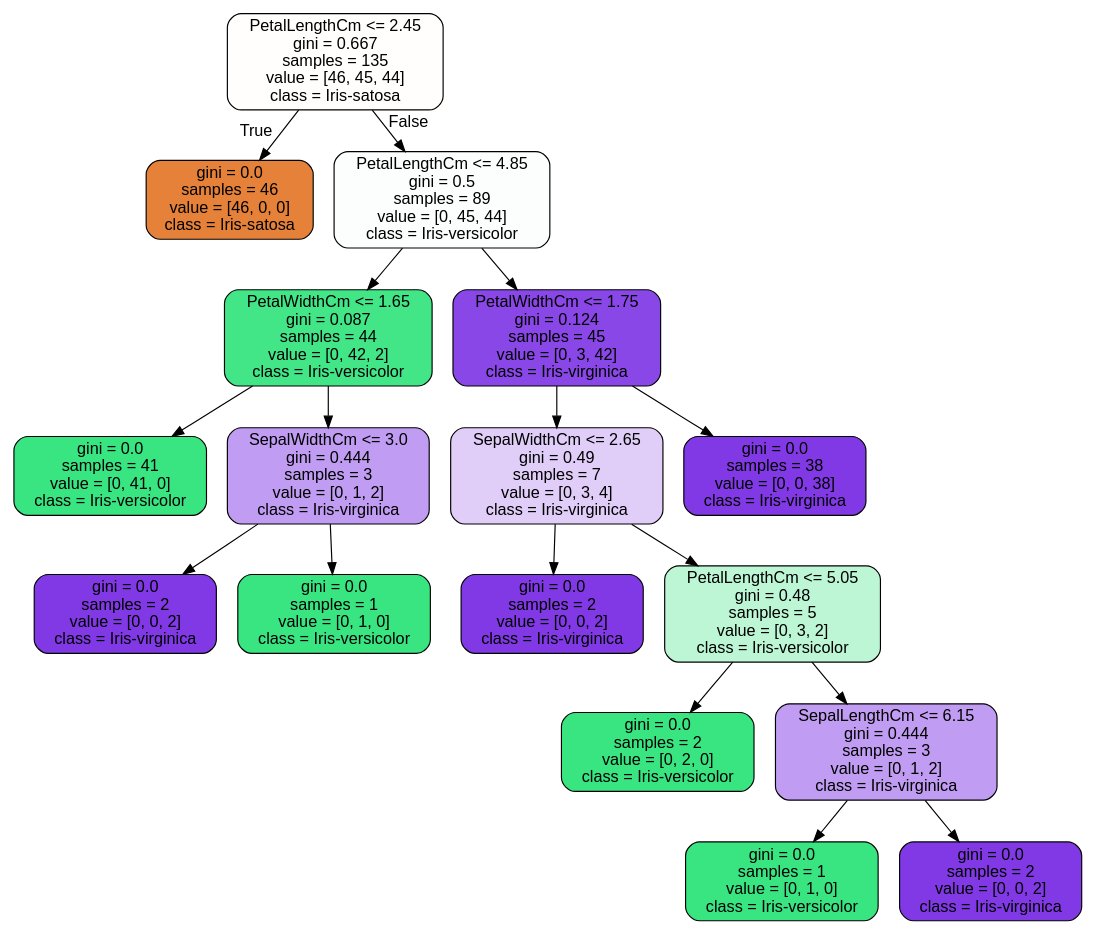
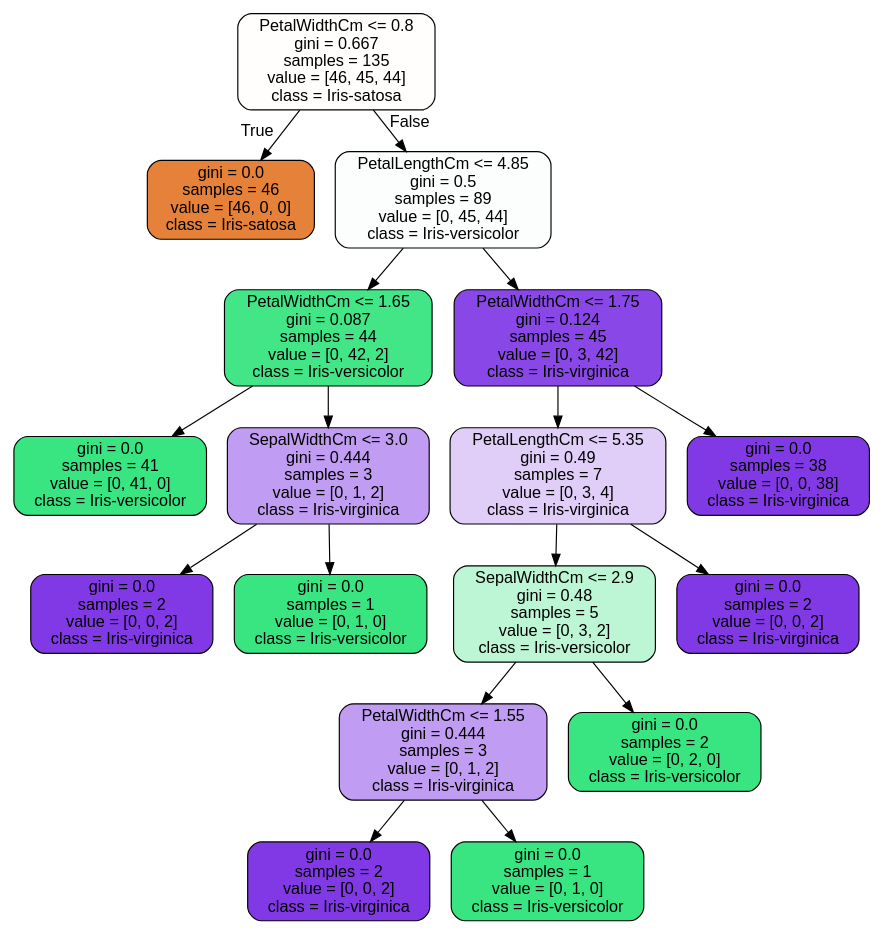
The diagram in resources/results/Iris_tree.dot (gioVerdiansyah/Learn-Basic-Machine-Learning), drawn with Graphviz before and after one commit. The commit also changed 77 other files, not shown here.

```diff
--- a/resources/results/Iris_tree.dot
+++ b/resources/results/Iris_tree.dot
@@ -1,37 +1,37 @@
 digraph Tree {
 node [shape=box, style="filled, rounded", color="black", fontname="helvetica"] ;
 edge [fontname="helvetica"] ;
-0 [label="PetalLengthCm <= 2.45\ngini = 0.667\nsamples = 135\nvalue = [46, 45, 44]\nclass = Iris-satosa", fillcolor="#fffefd"] ;
+0 [label="PetalWidthCm <= 0.8\ngini = 0.667\nsamples = 135\nvalue = [46, 45, 44]\nclass = Iris-satosa", fillcolor="#fffefd"] ;
 1 [label="gini = 0.0\nsamples = 46\nvalue = [46, 0, 0]\nclass = Iris-satosa", fillcolor="#e58139"] ;
 0 -> 1 [labeldistance=2.5, labelangle=45, headlabel="True"] ;
 2 [label="PetalLengthCm <= 4.85\ngini = 0.5\nsamples = 89\nvalue = [0, 45, 44]\nclass = Iris-versicolor", fillcolor="#fbfefc"] ;
 0 -> 2 [labeldistance=2.5, labelangle=-45, headlabel="False"] ;
 3 [label="PetalWidthCm <= 1.65\ngini = 0.087\nsamples = 44\nvalue = [0, 42, 2]\nclass = Iris-versicolor", fillcolor="#42e687"] ;
 2 -> 3 ;
 4 [label="gini = 0.0\nsamples = 41\nvalue = [0, 41, 0]\nclass = Iris-versicolor", fillcolor="#39e581"] ;
 3 -> 4 ;
 5 [label="SepalWidthCm <= 3.0\ngini = 0.444\nsamples = 3\nvalue = [0, 1, 2]\nclass = Iris-virginica", fillcolor="#c09cf2"] ;
 3 -> 5 ;
 6 [label="gini = 0.0\nsamples = 2\nvalue = [0, 0, 2]\nclass = Iris-virginica", fillcolor="#8139e5"] ;
 5 -> 6 ;
 7 [label="gini = 0.0\nsamples = 1\nvalue = [0, 1, 0]\nclass = Iris-versicolor", fillcolor="#39e581"] ;
 5 -> 7 ;
 8 [label="PetalWidthCm <= 1.75\ngini = 0.124\nsamples = 45\nvalue = [0, 3, 42]\nclass = Iris-virginica", fillcolor="#8a47e7"] ;
 2 -> 8 ;
-9 [label="SepalWidthCm <= 2.65\ngini = 0.49\nsamples = 7\nvalue = [0, 3, 4]\nclass = Iris-virginica", fillcolor="#e0cef8"] ;
+9 [label="PetalLengthCm <= 5.35\ngini = 0.49\nsamples = 7\nvalue = [0, 3, 4]\nclass = Iris-virginica", fillcolor="#e0cef8"] ;
 8 -> 9 ;
-10 [label="gini = 0.0\nsamples = 2\nvalue = [0, 0, 2]\nclass = Iris-virginica", fillcolor="#8139e5"] ;
+10 [label="SepalWidthCm <= 2.9\ngini = 0.48\nsamples = 5\nvalue = [0, 3, 2]\nclass = Iris-versicolor", fillcolor="#bdf6d5"] ;
 9 -> 10 ;
-11 [label="PetalLengthCm <= 5.05\ngini = 0.48\nsamples = 5\nvalue = [0, 3, 2]\nclass = Iris-versicolor", fillcolor="#bdf6d5"] ;
-9 -> 11 ;
-12 [label="gini = 0.0\nsamples = 2\nvalue = [0, 2, 0]\nclass = Iris-versicolor", fillcolor="#39e581"] ;
+11 [label="PetalWidthCm <= 1.55\ngini = 0.444\nsamples = 3\nvalue = [0, 1, 2]\nclass = Iris-virginica", fillcolor="#c09cf2"] ;
+10 -> 11 ;
+12 [label="gini = 0.0\nsamples = 2\nvalue = [0, 0, 2]\nclass = Iris-virginica", fillcolor="#8139e5"] ;
 11 -> 12 ;
-13 [label="SepalLengthCm <= 6.15\ngini = 0.444\nsamples = 3\nvalue = [0, 1, 2]\nclass = Iris-virginica", fillcolor="#c09cf2"] ;
+13 [label="gini = 0.0\nsamples = 1\nvalue = [0, 1, 0]\nclass = Iris-versicolor", fillcolor="#39e581"] ;
 11 -> 13 ;
-14 [label="gini = 0.0\nsamples = 1\nvalue = [0, 1, 0]\nclass = Iris-versicolor", fillcolor="#39e581"] ;
-13 -> 14 ;
+14 [label="gini = 0.0\nsamples = 2\nvalue = [0, 2, 0]\nclass = Iris-versicolor", fillcolor="#39e581"] ;
+10 -> 14 ;
 15 [label="gini = 0.0\nsamples = 2\nvalue = [0, 0, 2]\nclass = Iris-virginica", fillcolor="#8139e5"] ;
-13 -> 15 ;
+9 -> 15 ;
 16 [label="gini = 0.0\nsamples = 38\nvalue = [0, 0, 38]\nclass = Iris-virginica", fillcolor="#8139e5"] ;
 8 -> 16 ;
 }
```
